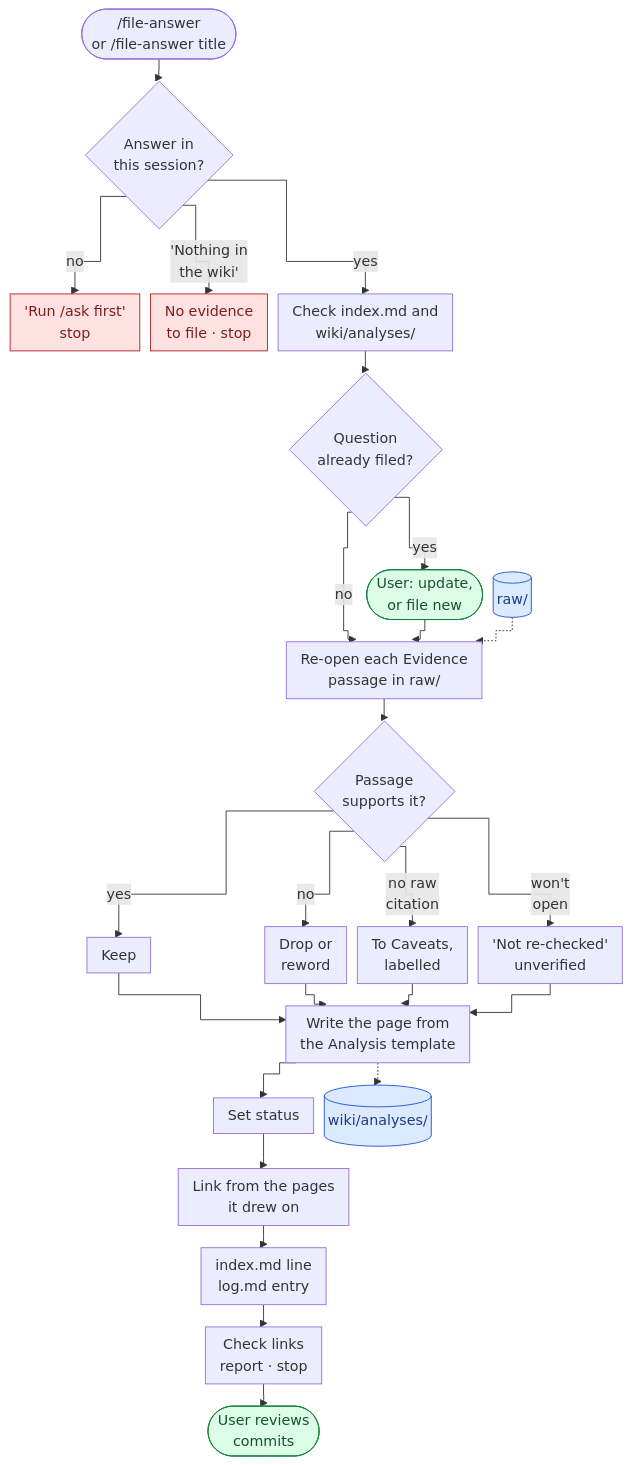
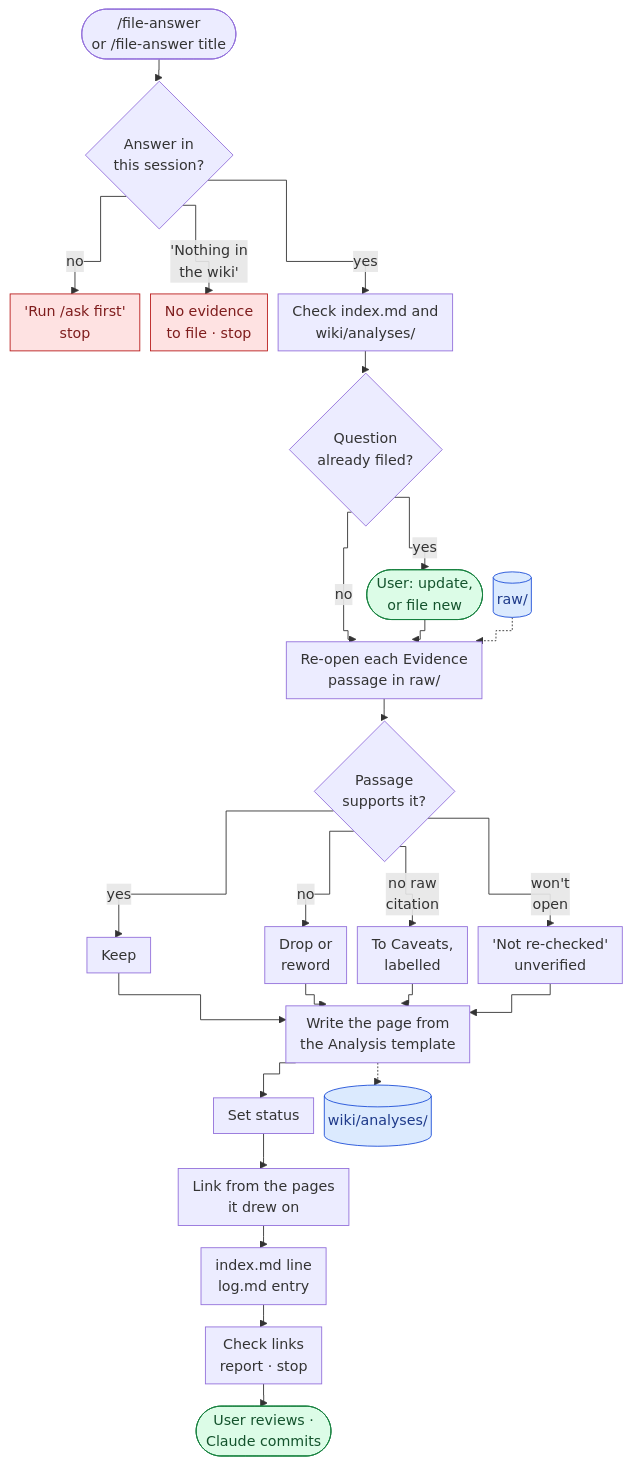
One commit to quocnguyen13/second-brain changed the ninth of 18 diagrams in mine/projects/thinking-system/20 Product Requirements.md. Above: the diagram before and after it, drawn with Mermaid. The commit also changed other lines of this file and 5 other files, not shown here.

````diff
--- a/mine/projects/thinking-system/20 Product Requirements.md
+++ b/mine/projects/thinking-system/20 Product Requirements.md
@@ -591,34 +702,34 @@
 ```mermaid
 %%{init: {"flowchart": {"curve": "step", "useMaxWidth": true, "nodeSpacing": 12, "rankSpacing": 25, "padding": 8, "subGraphTitleMargin": {"top": 4, "bottom": 8}}}}%%
 flowchart TD
     A(["/file-answer<br/>or /file-answer title"]) --> B{"Answer in<br/>this session?"}
     B -->|"no"| X1["'Run /ask first'<br/>stop"]
     B -->|"'Nothing in<br/>the wiki'"| X2["No evidence<br/>to file · stop"]
     B -->|"yes"| C["Check index.md and<br/>wiki/analyses/"]
     C --> D{"Question<br/>already filed?"}
     D -->|"yes"| D1(["User: update,<br/>or file new"])
     D -->|"no"| E
     D1 --> E["Re-open each Evidence<br/>passage in raw/"]
     E --> F{"Passage<br/>supports it?"}
     F -->|"yes"| F1["Keep"]
     F -->|"no"| F2["Drop or<br/>reword"]
     F -->|"no raw<br/>citation"| F3["To Caveats,<br/>labelled"]
     F -->|"won't<br/>open"| F4["'Not re-checked'<br/>unverified"]
     F1 --> G
     F2 --> G
     F3 --> G
     F4 --> G["Write the page from<br/>the Analysis template"]
     G --> H["Set status"]
     H --> I["Link from the pages<br/>it drew on"]
     I --> J["index.md line<br/>log.md entry"]
     J --> K["Check links<br/>report · stop"]
-    K --> L(["User reviews<br/>commits"])
+    K --> L(["User reviews ·<br/>Claude commits"])
     RW[("raw/")] -.-> E
     G -.-> WA[("wiki/analyses/")]
     classDef user fill:#dcfce7,stroke:#15803d,color:#14532d
     classDef stop fill:#fee2e2,stroke:#b91c1c,color:#7f1d1d
     classDef store fill:#dbeafe,stroke:#1d4ed8,color:#1e3a8a
     class D1,L user
     class X1,X2 stop
     class RW,WA store
 ```
````
